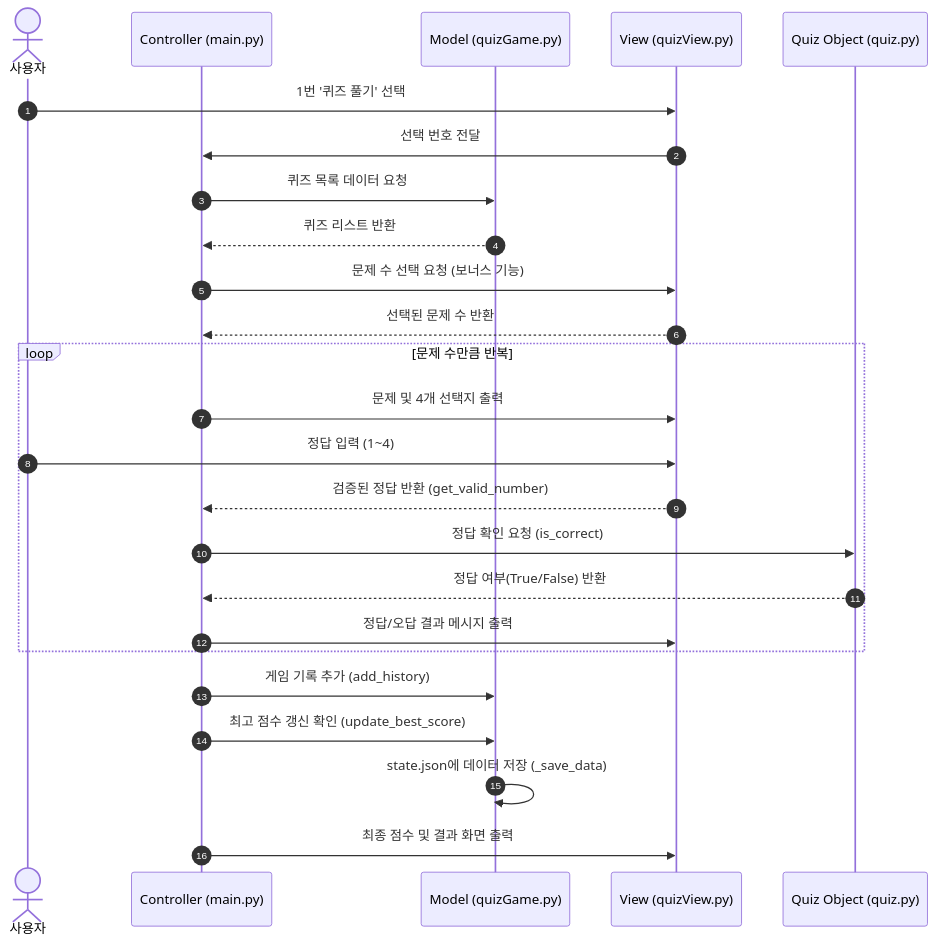
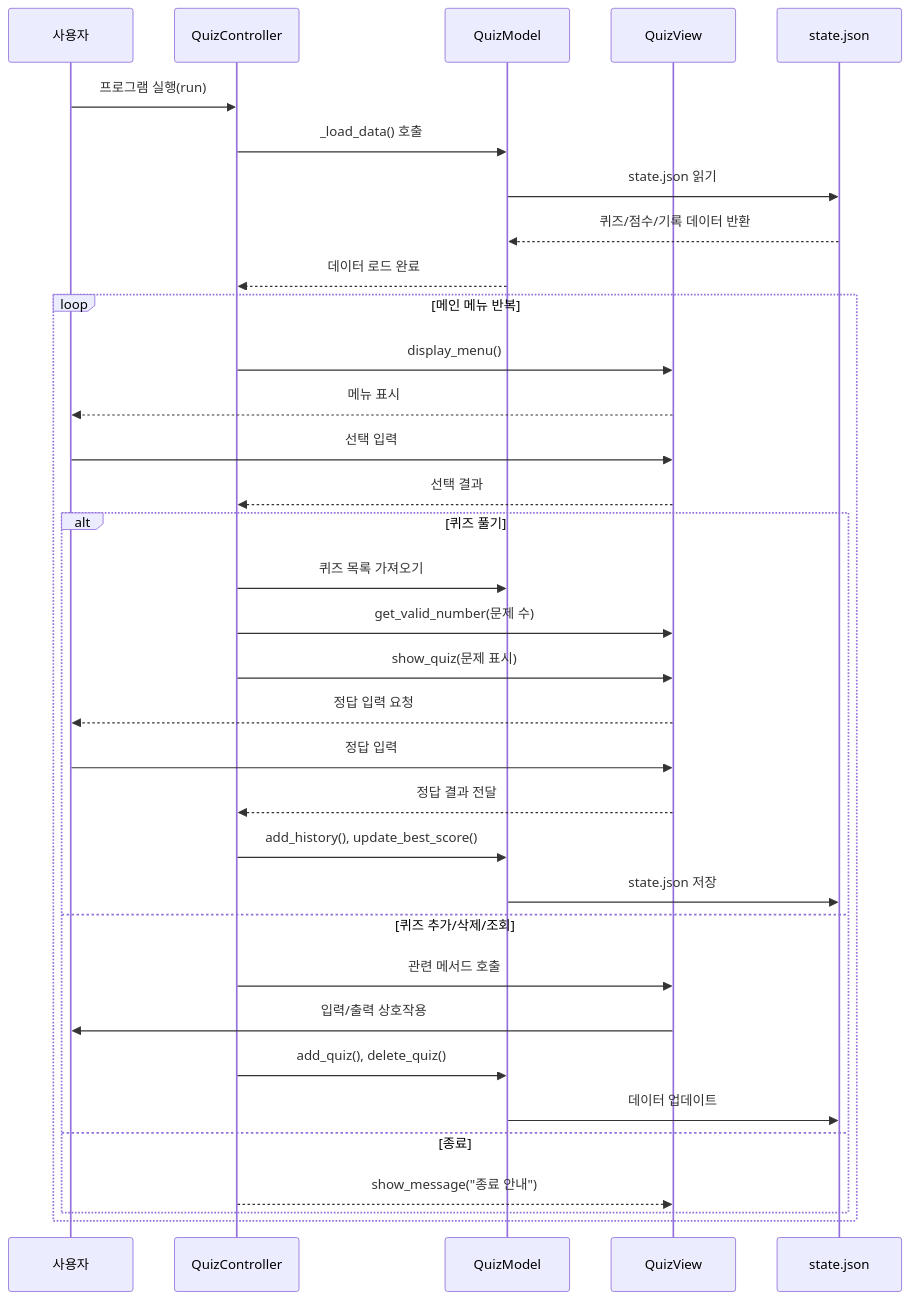
Before and after one commit to ntt65/codyssey: the second of 2 diagrams in e1_2/readme.md, drawn with Mermaid. The commit also changed other lines of this file, not shown here.

Commit message:
Fix:readme.me correct mermaid diagram

````diff
--- a/e1_2/readme.md
+++ b/e1_2/readme.md
@@ -260,30 +260,39 @@
 ```mermaid
 sequenceDiagram
-    autonumber
-    actor User as 사용자
-    participant C as Controller (main.py)
-    participant M as Model (quizGame.py)
-    participant V as View (quizView.py)
-    participant Q as Quiz Object (quiz.py)
+    participant User as 사용자
+    participant Controller as QuizController
+    participant Model as QuizModel
+    participant View as QuizView
+    participant File as state.json
 
-    User->>V: 1번 '퀴즈 풀기' 선택
-    V->>C: 선택 번호 전달
-    C->>M: 퀴즈 목록 데이터 요청
-    M-->>C: 퀴즈 리스트 반환
-    C->>V: 문제 수 선택 요청 (보너스 기능)
-    V-->>C: 선택된 문제 수 반환
+    User->>Controller: 프로그램 실행(run)
+    Controller->>Model: _load_data() 호출
+    Model->>File: state.json 읽기
+    File-->>Model: 퀴즈/점수/기록 데이터 반환
+    Model-->>Controller: 데이터 로드 완료
 
-    loop 문제 수만큼 반복
-        C->>V: 문제 및 4개 선택지 출력
-        User->>V: 정답 입력 (1~4)
-        V-->>C: 검증된 정답 반환 (get_valid_number)
-        C->>Q: 정답 확인 요청 (is_correct)
-        Q-->>C: 정답 여부(True/False) 반환
-        C->>V: 정답/오답 결과 메시지 출력
+    loop 메인 메뉴 반복
+        Controller->>View: display_menu()
+        View-->>User: 메뉴 표시
+        User->>View: 선택 입력
+        View-->>Controller: 선택 결과
+
+        alt 퀴즈 풀기
+            Controller->>Model: 퀴즈 목록 가져오기
+            Controller->>View: get_valid_number(문제 수)
+            Controller->>View: show_quiz(문제 표시)
+            View-->>User: 정답 입력 요청
+            User->>View: 정답 입력
+            View-->>Controller: 정답 결과 전달
+            Controller->>Model: add_history(), update_best_score()
+            Model->>File: state.json 저장
+        else 퀴즈 추가/삭제/조회
+            Controller->>View: 관련 메서드 호출
+            View->>User: 입력/출력 상호작용
+            Controller->>Model: add_quiz(), delete_quiz()
+            Model->>File: 데이터 업데이트
+        else 종료
+            Controller-->>View: show_message("종료 안내")
+        end
     end
-
-    C->>M: 게임 기록 추가 (add_history)
-    C->>M: 최고 점수 갱신 확인 (update_best_score)
-    M->>M: state.json에 데이터 저장 (_save_data)
-    C->>V: 최종 점수 및 결과 화면 출력
 ```
````
